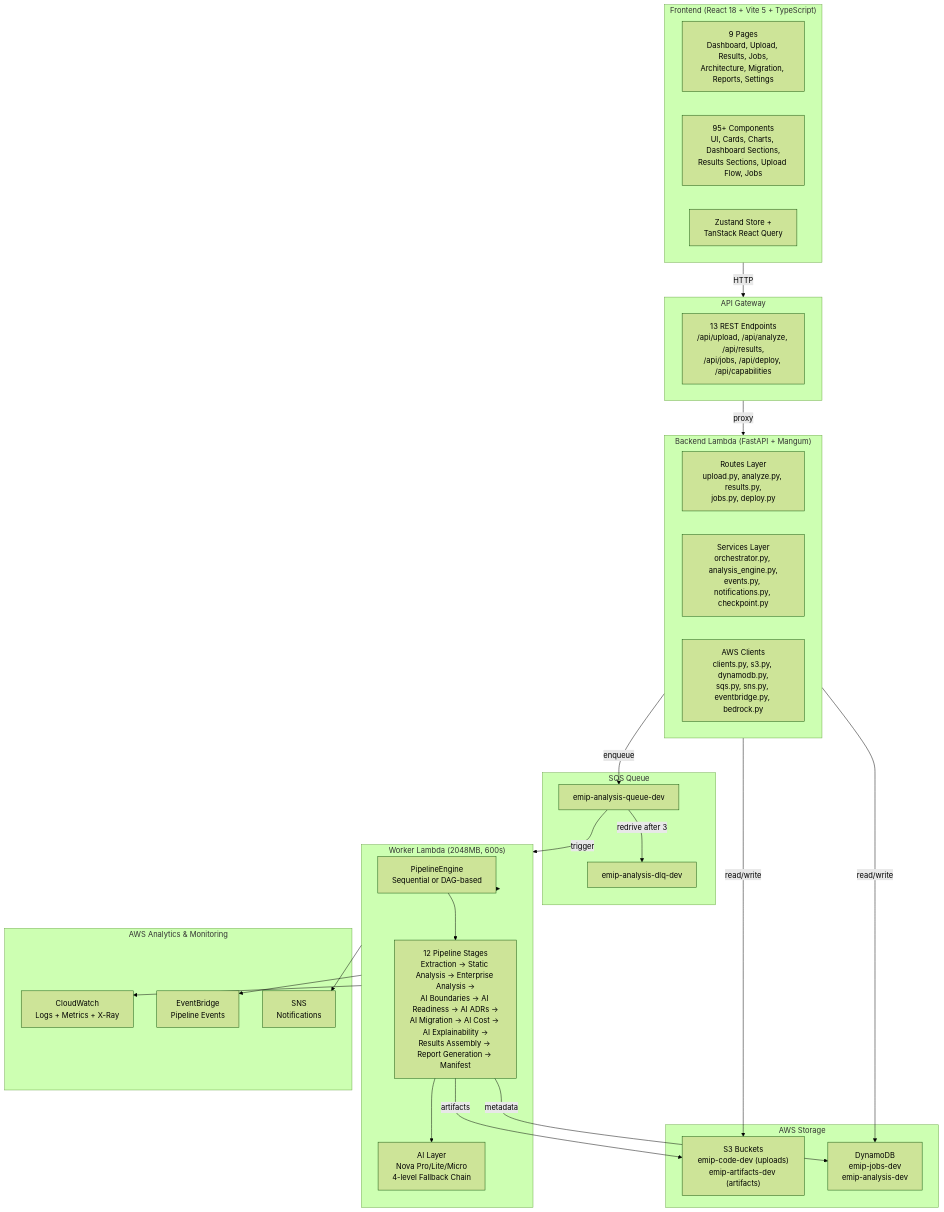
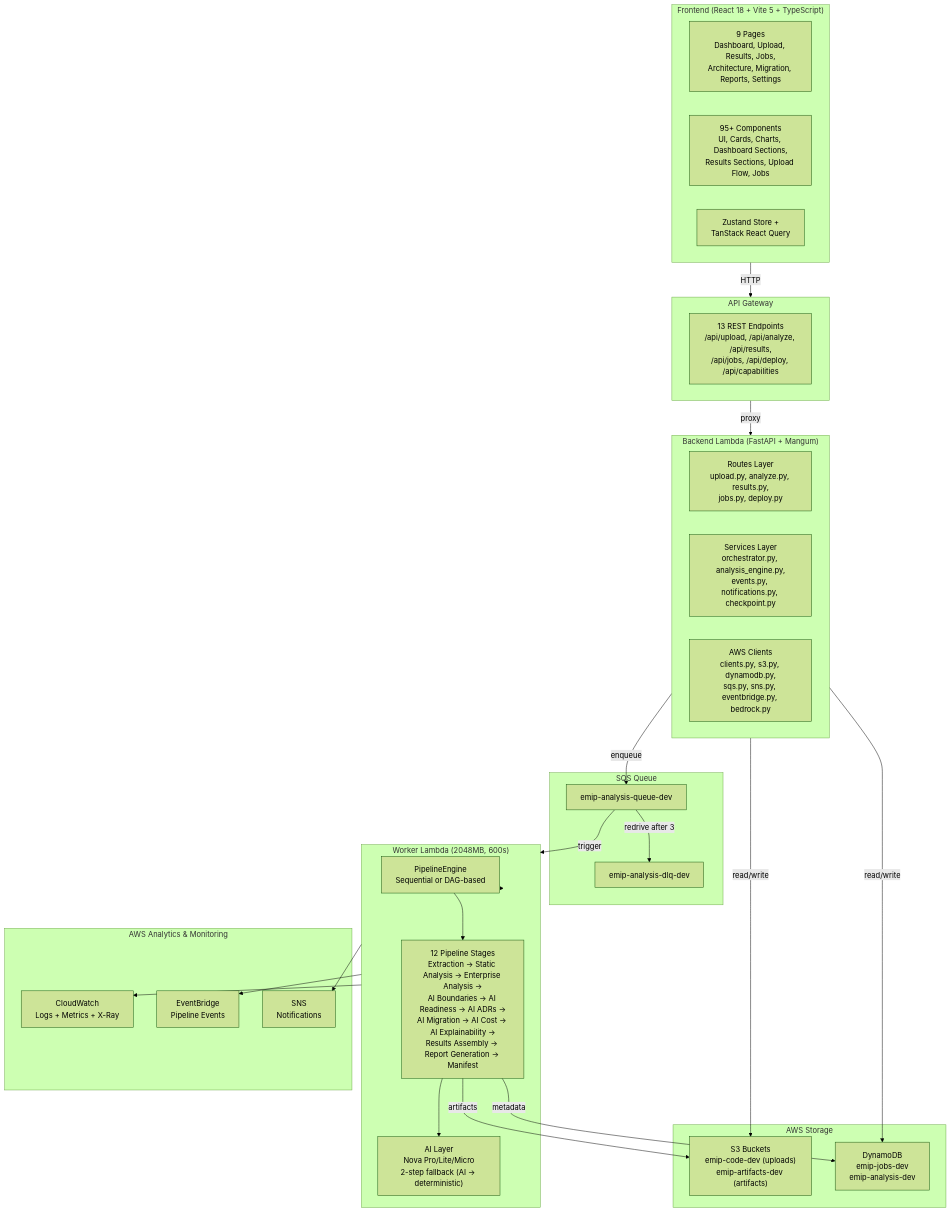
Before and after one commit to ranjay24/Enterprise_Modernization_Intelligent_Platform: the first of 2 diagrams in docs/design/architecture.md, drawn with Mermaid (forest theme). The commit also changed other lines of this file and 2543 other files, not shown here.

````diff
--- a/docs/design/architecture.md
+++ b/docs/design/architecture.md
@@ -5,56 +5,56 @@
 ```mermaid
 graph TB
     subgraph Frontend["Frontend (React 18 + Vite 5 + TypeScript)"]
         Pages["9 Pages<br/>Dashboard, Upload, Results, Jobs,<br/>Architecture, Migration, Reports, Settings"]
         Components["95+ Components<br/>UI, Cards, Charts, Dashboard Sections,<br/>Results Sections, Upload Flow, Jobs"]
         State["Zustand Store +<br/>TanStack React Query"]
     end
 
     subgraph Gateway["API Gateway"]
         API["13 REST Endpoints<br/>/api/upload, /api/analyze, /api/results,<br/>/api/jobs, /api/deploy, /api/capabilities"]
     end
 
     subgraph Backend["Backend Lambda (FastAPI + Mangum)"]
         Routes["Routes Layer<br/>upload.py, analyze.py, results.py,<br/>jobs.py, deploy.py"]
         Services["Services Layer<br/>orchestrator.py, analysis_engine.py,<br/>events.py, notifications.py, checkpoint.py"]
         AWS_Clients["AWS Clients<br/>clients.py, s3.py, dynamodb.py,<br/>sqs.py, sns.py, eventbridge.py, bedrock.py"]
     end
 
     subgraph Queue["SQS Queue"]
         AnalysisQueue["emip-analysis-queue-dev"]
         DLQ["emip-analysis-dlq-dev"]
     end
 
     subgraph Worker["Worker Lambda (2048MB, 600s)"]
         PipelineEngine["PipelineEngine<br/>Sequential or DAG-based"]
         Stages["12 Pipeline Stages<br/>Extraction → Static Analysis → Enterprise Analysis →<br/>AI Boundaries → AI Readiness → AI ADRs →<br/>AI Migration → AI Cost → AI Explainability →<br/>Results Assembly → Report Generation → Manifest"]
-        AI["AI Layer<br/>Nova Pro/Lite/Micro<br/>4-level Fallback Chain"]
+        AI["AI Layer<br/>Nova Pro/Lite/Micro<br/>2-step fallback (AI → deterministic)"]
     end
 
     subgraph Storage["AWS Storage"]
         S3["S3 Buckets<br/>emip-code-dev (uploads)<br/>emip-artifacts-dev (artifacts)"]
         DynamoDB["DynamoDB<br/>emip-jobs-dev<br/>emip-analysis-dev"]
     end
 
     subgraph Analytics["AWS Analytics & Monitoring"]
         CloudWatch["CloudWatch<br/>Logs + Metrics + X-Ray"]
         EventBridge["EventBridge<br/>Pipeline Events"]
         SNS["SNS<br/>Notifications"]
     end
 
     Frontend -->|HTTP| Gateway
     Gateway -->|proxy| Backend
     Backend -->|enqueue| AnalysisQueue
     AnalysisQueue -->|trigger| Worker
     AnalysisQueue -->|redrive after 3| DLQ
     Worker --> PipelineEngine
     PipelineEngine --> Stages
     Stages --> AI
     Stages -->|artifacts| S3
     Stages -->|metadata| DynamoDB
     Worker --> CloudWatch
     Worker --> EventBridge
     Worker --> SNS
     Backend -->|read/write| S3
     Backend -->|read/write| DynamoDB
 ```
````
